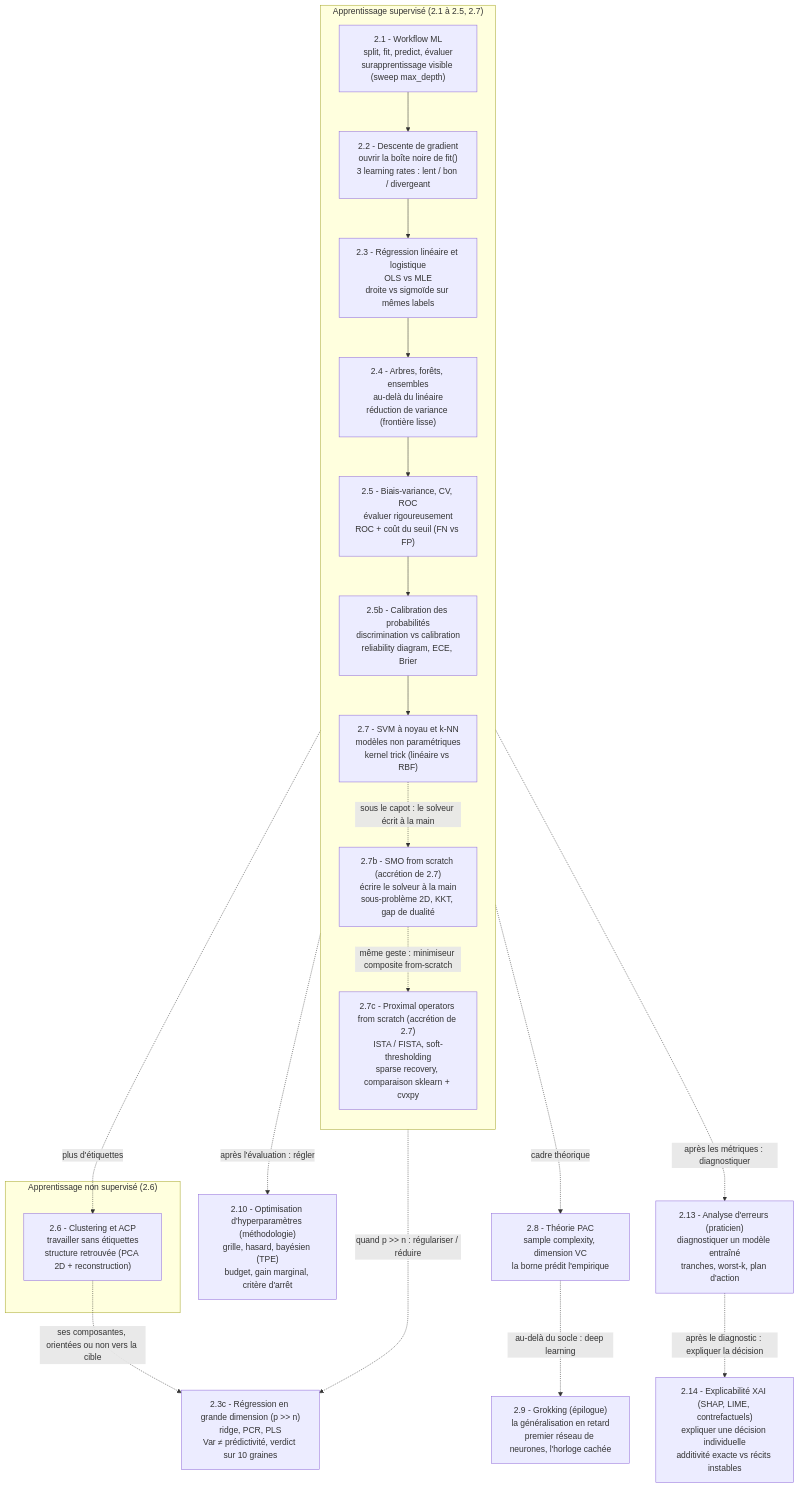
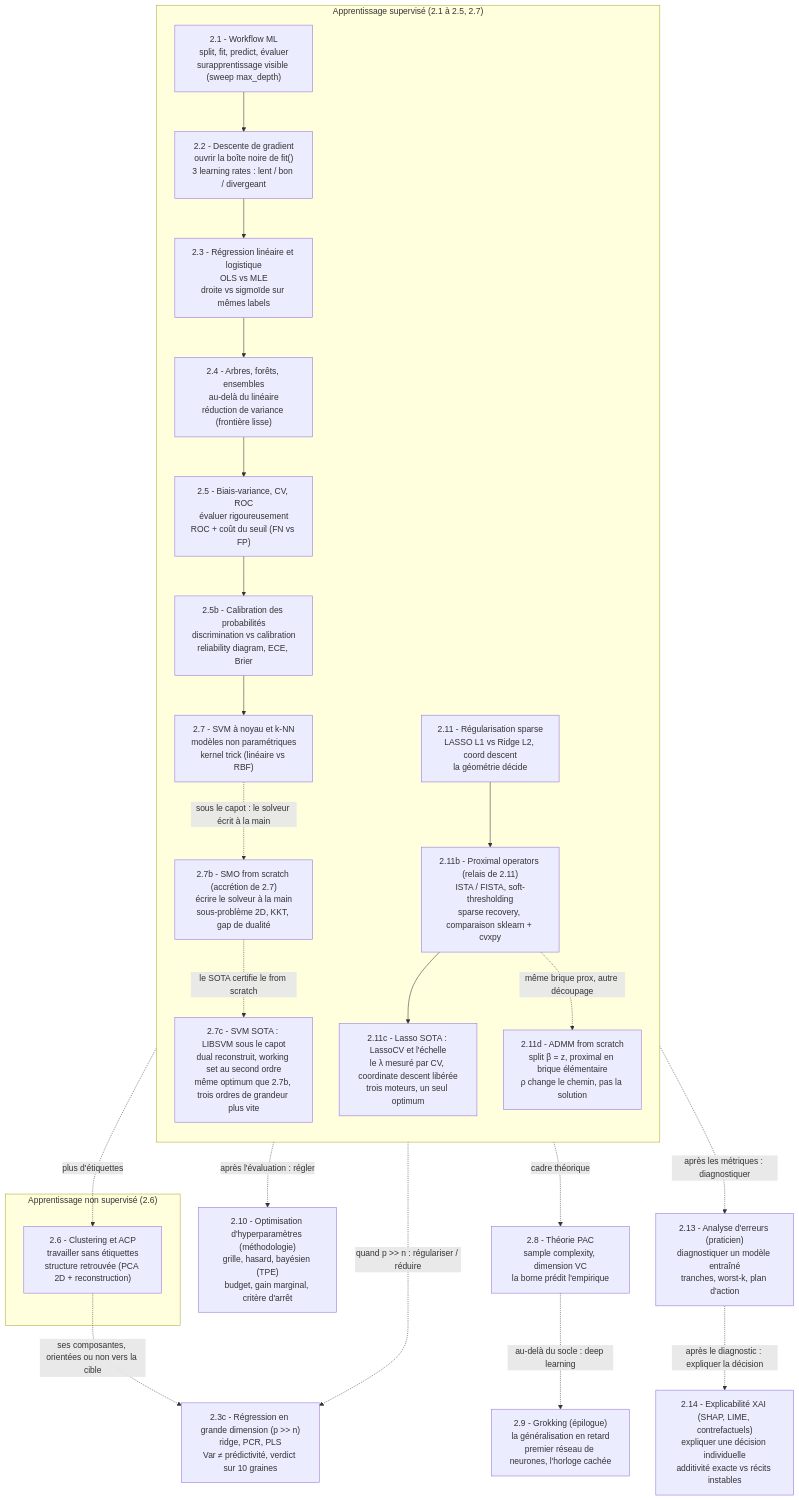
The diagram in MyIA.AI.Notebooks/ML/DataScienceWithAgents/02-ML-Cours/README.md (jsboige/CoursIA), drawn with Mermaid before and after one commit. The commit also changed other lines of this file, not shown here.

First line of the commit message:
docs(dswa,#16834): resync README 02-ML-Cours — famille 2.11 reconstituee + 2.7c, mermaid corrige

````diff
--- a/MyIA.AI.Notebooks/ML/DataScienceWithAgents/02-ML-Cours/README.md
+++ b/MyIA.AI.Notebooks/ML/DataScienceWithAgents/02-ML-Cours/README.md
@@ -100,35 +109,41 @@
 ```mermaid
 flowchart TD
     subgraph SUP["Apprentissage supervisé (2.1 à 2.5, 2.7)"]
       direction TB
       A["2.1 - Workflow ML<br/>split, fit, predict, évaluer<br/>surapprentissage visible (sweep max_depth)"]
       B["2.2 - Descente de gradient<br/>ouvrir la boîte noire de fit()<br/>3 learning rates : lent / bon / divergeant"]
       C["2.3 - Régression linéaire et logistique<br/>OLS vs MLE<br/>droite vs sigmoïde sur mêmes labels"]
       D["2.4 - Arbres, forêts, ensembles<br/>au-delà du linéaire<br/>réduction de variance (frontière lisse)"]
       E["2.5 - Biais-variance, CV, ROC<br/>évaluer rigoureusement<br/>ROC + coût du seuil (FN vs FP)"]
       E2["2.5b - Calibration des probabilités<br/>discrimination vs calibration<br/>reliability diagram, ECE, Brier"]
       G["2.7 - SVM à noyau et k-NN<br/>modèles non paramétriques<br/>kernel trick (linéaire vs RBF)"]
       M["2.7b - SMO from scratch (accrétion de 2.7)<br/>écrire le solveur à la main<br/>sous-problème 2D, KKT, gap de dualité"]
-      N["2.7c - Proximal operators from scratch (accrétion de 2.7)<br/>ISTA / FISTA, soft-thresholding<br/>sparse recovery, comparaison sklearn + cvxpy"]
+      P["2.7c - SVM SOTA : LIBSVM sous le capot<br/>dual reconstruit, working set au second ordre<br/>même optimum que 2.7b, trois ordres de grandeur plus vite"]
+      S["2.11 - Régularisation sparse<br/>LASSO L1 vs Ridge L2, coord descent<br/>la géométrie décide"]
+      N["2.11b - Proximal operators (relais de 2.11)<br/>ISTA / FISTA, soft-thresholding<br/>sparse recovery, comparaison sklearn + cvxpy"]
+      Q["2.11c - Lasso SOTA : LassoCV et l'échelle<br/>le λ mesuré par CV, coordinate descent libérée<br/>trois moteurs, un seul optimum"]
+      R["2.11d - ADMM from scratch<br/>split β = z, proximal en brique élémentaire<br/>ρ change le chemin, pas la solution"]
       A --> B --> C --> D --> E --> E2 --> G
       G -. "sous le capot : le solveur écrit à la main" .-> M
-      M -. "même geste : minimiseur composite from-scratch" .-> N
+      M -. "le SOTA certifie le from scratch" .-> P
+      S --> N --> Q
+      N -. "même brique prox, autre découpage" .-> R
     end
     subgraph UNSUP["Apprentissage non supervisé (2.6)"]
       F["2.6 - Clustering et ACP<br/>travailler sans étiquettes<br/>structure retrouvée (PCA 2D + reconstruction)"]
     end
     H["2.8 - Théorie PAC<br/>sample complexity, dimension VC<br/>la borne prédit l'empirique"]
     I["2.9 - Grokking (épilogue)<br/>la généralisation en retard<br/>premier réseau de neurones, l'horloge cachée"]
     E -. "plus d'étiquettes" .-> F
     E -. "cadre théorique" .-> H
     H -. "au-delà du socle : deep learning" .-> I
     J["2.13 - Analyse d'erreurs (praticien)<br/>diagnostiquer un modèle entraîné<br/>tranches, worst-k, plan d'action"]
     E -. "après les métriques : diagnostiquer" .-> J
     O["2.14 - Explicabilité XAI (SHAP, LIME, contrefactuels)<br/>expliquer une décision individuelle<br/>additivité exacte vs récits instables"]
     J -. "après le diagnostic : expliquer la décision" .-> O
     K["2.10 - Optimisation d'hyperparamètres (méthodologie)<br/>grille, hasard, bayésien (TPE)<br/>budget, gain marginal, critère d'arrêt"]
     E -. "après l'évaluation : régler" .-> K
     L["2.3c - Régression en grande dimension (p >> n)<br/>ridge, PCR, PLS<br/>Var ≠ prédictivité, verdict sur 10 graines"]
     C -. "quand p >> n : régulariser / réduire" .-> L
     F -. "ses composantes, orientées ou non vers la cible" .-> L
 ```
````
